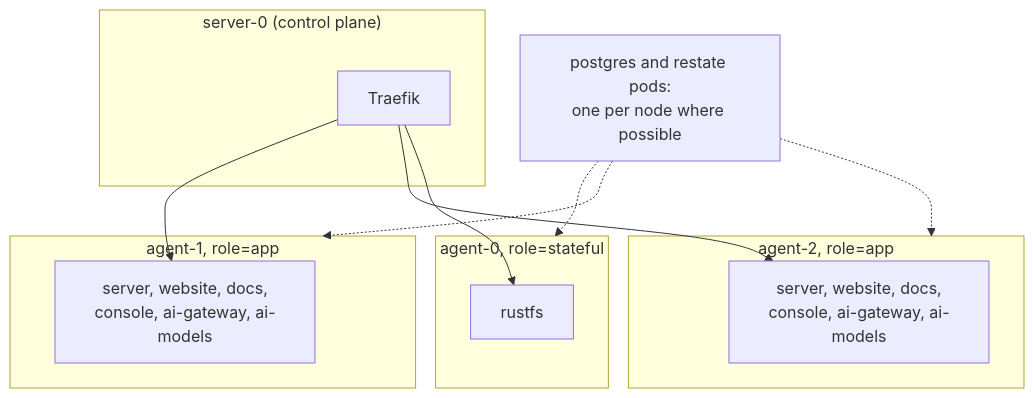
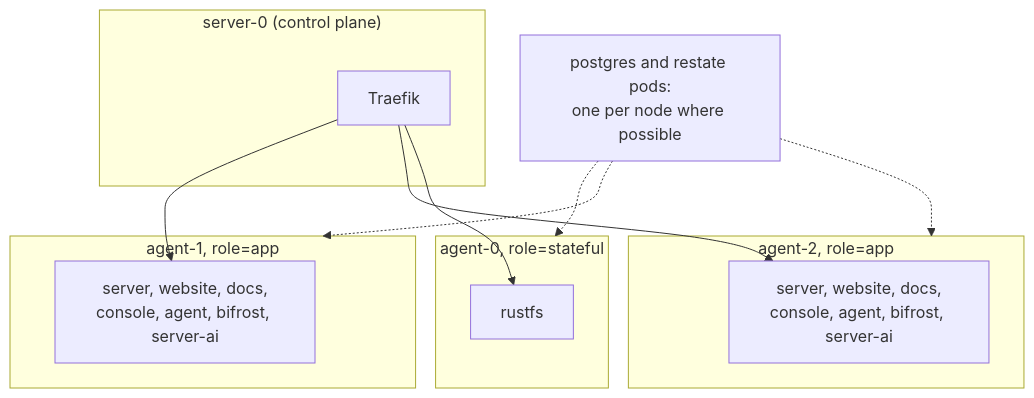
Before and after one commit to shopnexus/docs: the first of 2 diagrams in web/src/content/docs/en/operations/cluster/index.mdx, drawn with Mermaid. The commit also changed other lines of this file and 1 other file, not shown here.

Commit message:
web: cluster overview runs Bifrost in each stack

````diff
--- a/web/src/content/docs/en/operations/cluster/index.mdx
+++ b/web/src/content/docs/en/operations/cluster/index.mdx
@@ -27,21 +27,21 @@
 ```mermaid title="Where pods prefer to run"
 flowchart TB
   subgraph s0["server-0 (control plane)"]
     traefik[Traefik]
   end
   subgraph a0["agent-0, role=stateful"]
     rustfs[rustfs]
   end
   subgraph a1["agent-1, role=app"]
-    app1["server, website, docs,<br/>console, ai-gateway, ai-models"]
+    app1["server, website, docs,<br/>console, agent, bifrost, server-ai"]
   end
   subgraph a2["agent-2, role=app"]
-    app-android["server, website, docs,<br/>console, ai-gateway, ai-models"]
+    app-android["server, website, docs,<br/>console, agent, bifrost, server-ai"]
   end
   spread["postgres and restate pods:<br/>one per node where possible"] -.-> a0
   spread -.-> a1
   spread -.-> a2
   traefik --> app1
   traefik --> app-android
   traefik --> rustfs
 ```
````
